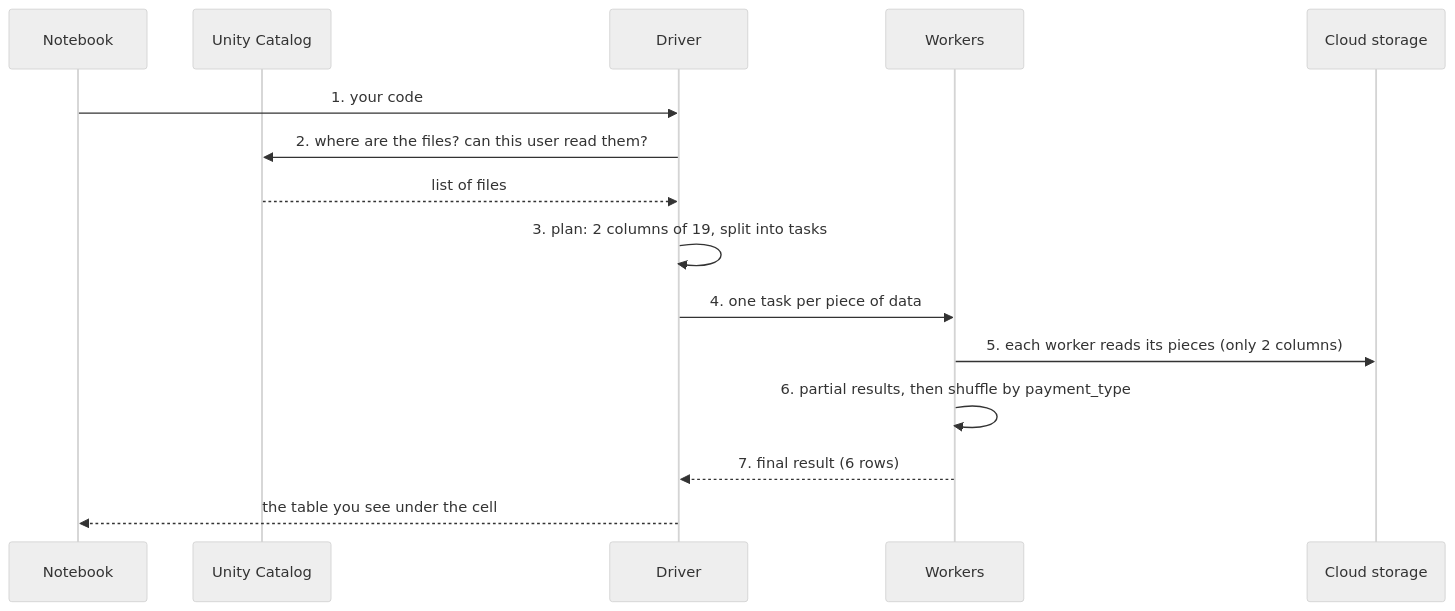
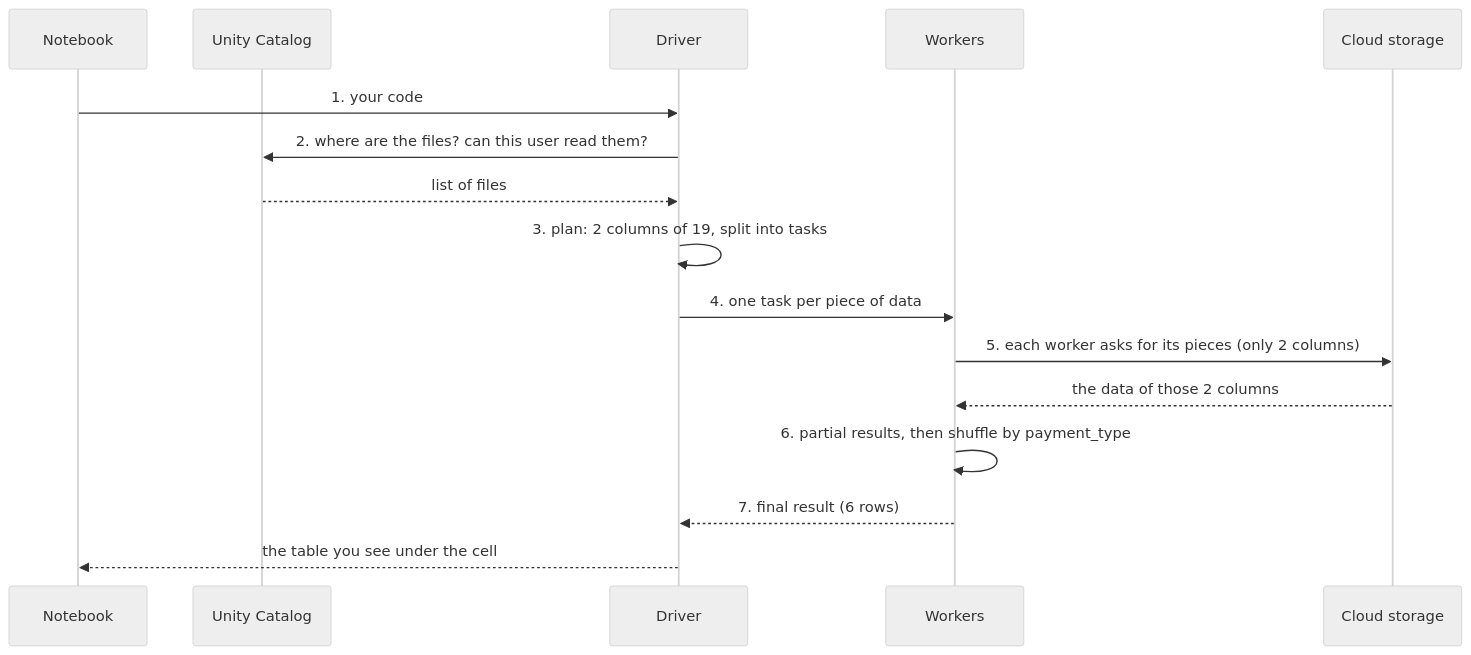
Before and after one commit to Naviden/Introduction-to-Big-Data-and-NoSQL: the second of 2 diagrams in lessons/09_inside_databricks.md, drawn with Mermaid (neutral theme).

Commit message:
show data flowing from storage to workers

````diff
--- a/lessons/09_inside_databricks.md
+++ b/lessons/09_inside_databricks.md
@@ -69,17 +69,18 @@
 ```mermaid
 sequenceDiagram
     participant N as Notebook
     participant C as Unity Catalog
     participant D as Driver
     participant W as Workers
     participant S as Cloud storage
     N->>D: 1. your code
     D->>C: 2. where are the files? can this user read them?
     C-->>D: list of files
     D->>D: 3. plan: 2 columns of 19, split into tasks
     D->>W: 4. one task per piece of data
-    W->>S: 5. each worker reads its pieces (only 2 columns)
+    W->>S: 5. each worker asks for its pieces (only 2 columns)
+    S-->>W: the data of those 2 columns
     W->>W: 6. partial results, then shuffle by payment_type
     W-->>D: 7. final result (6 rows)
     D-->>N: the table you see under the cell
 ```
````
